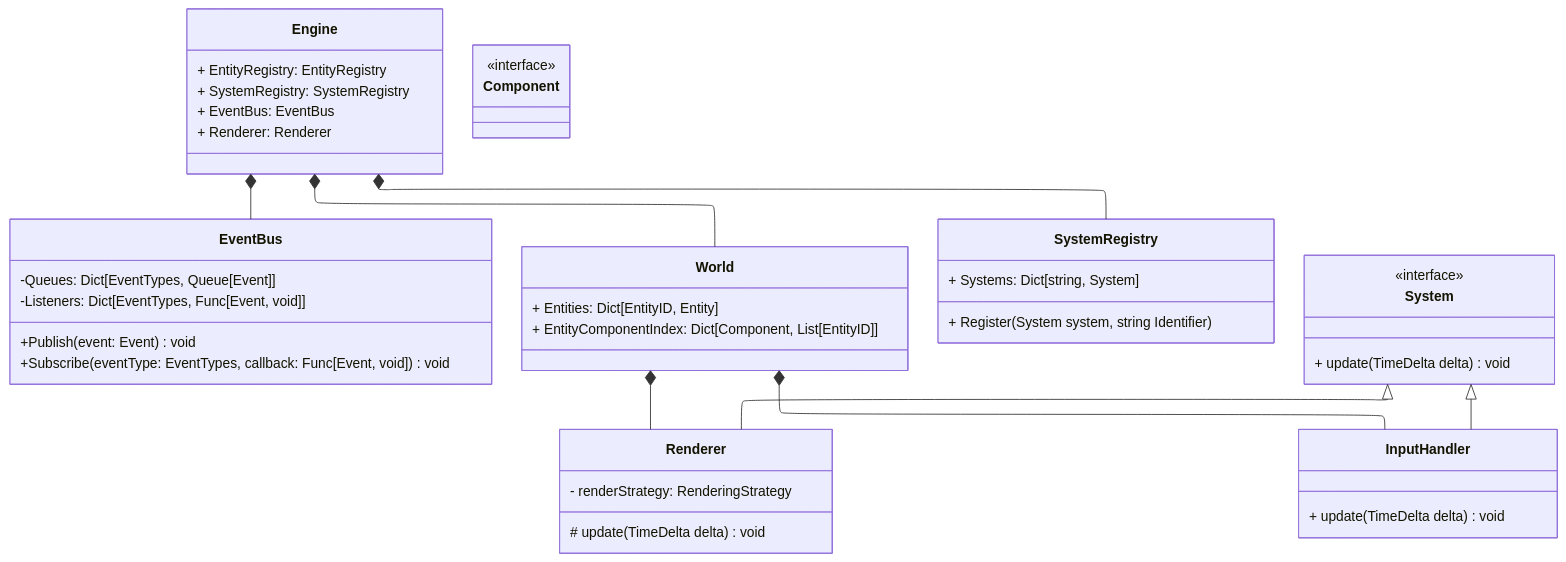
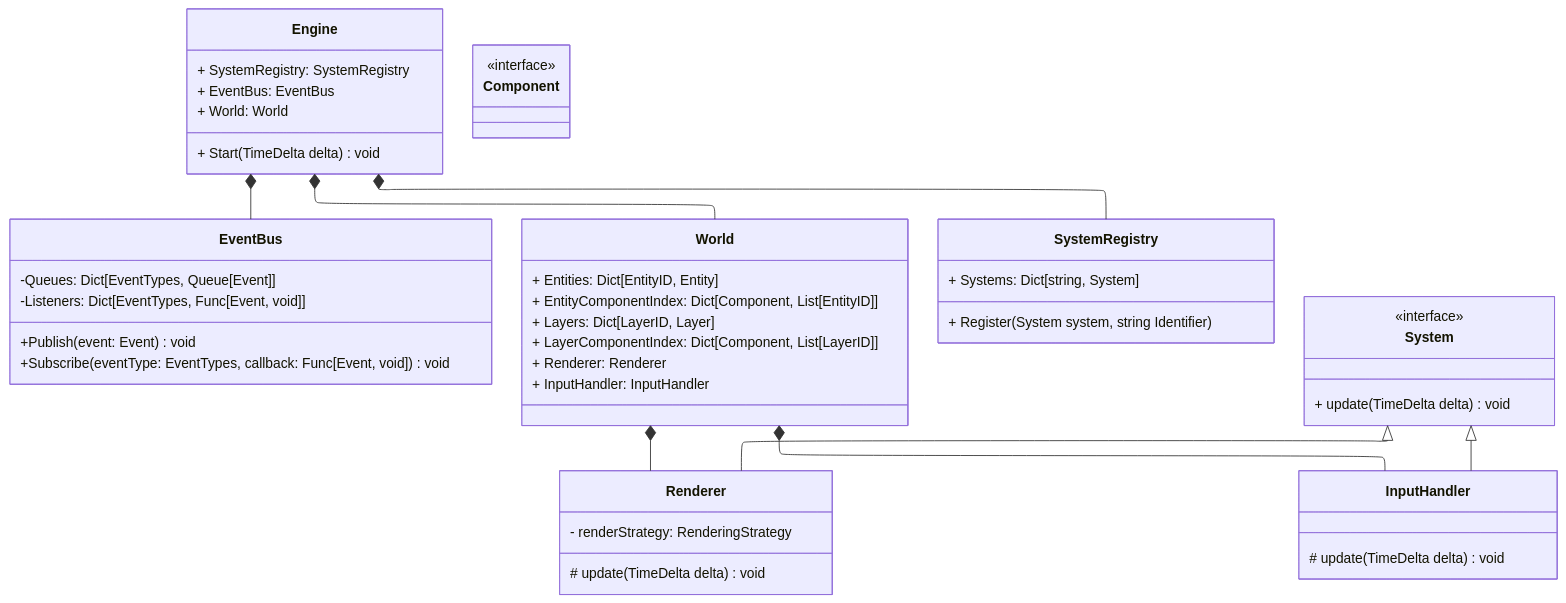
The diagram in EngineArchitecture.mmd (FT111/game-1), drawn with Mermaid before and after one commit.

Commit message:
Updates Engine UML

```diff
--- a/EngineArchitecture.mmd
+++ b/EngineArchitecture.mmd
@@ -1,58 +1,65 @@
 ---
 config:
   layout: elk
 ---
 
 classDiagram
     class EventBus {
         -Queues: Dict[EventTypes, Queue[Event]]
         -Listeners: Dict[EventTypes, Func[Event, void]]
         +Publish(event: Event) void
         +Subscribe(eventType: EventTypes, callback: Func[Event, void]) void
     }
 
     class Engine {
-        + EntityRegistry: EntityRegistry
         + SystemRegistry: SystemRegistry
         + EventBus: EventBus
-        + Renderer: Renderer
+        + World: World
+
+        + Start(TimeDelta delta) void
     }
 
     class World {
         + Entities: Dict[EntityID, Entity]
         + EntityComponentIndex: Dict[Component, List[EntityID]]
+
+        + Layers: Dict[LayerID, Layer]
+        + LayerComponentIndex: Dict[Component, List[LayerID]]
+
+        + Renderer: Renderer
+        + InputHandler: InputHandler
     }
 
     class SystemRegistry {
         + Systems: Dict[string, System]
         + Register(System system, string Identifier)
     }
 
 
     class Renderer {
         # update(TimeDelta delta) void
         - renderStrategy: RenderingStrategy
     }
 
     class InputHandler {
-        + update(TimeDelta delta) void
+        # update(TimeDelta delta) void
     }
 
     class System {
         <<interface>>
         + update(TimeDelta delta) void
     }
 
     class Component {
         <<interface>>
     }
 
 
 Engine *-- World
 Engine *-- SystemRegistry
 Engine *-- EventBus
 World *-- Renderer
 World *-- InputHandler
 
 System <|-- Renderer
 System <|-- InputHandler
```
